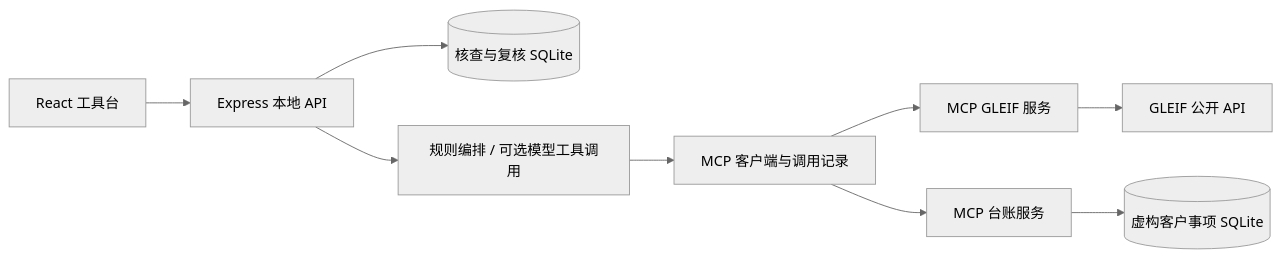
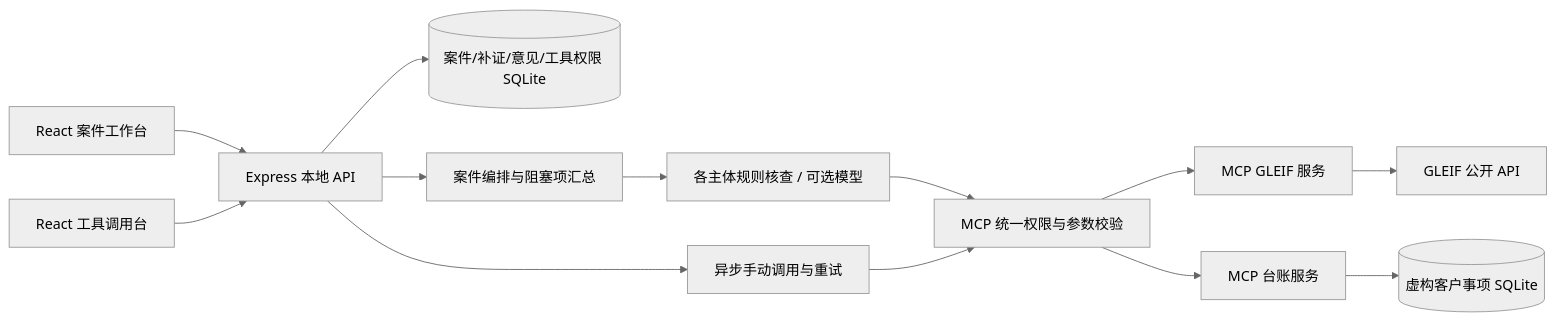
One commit to Luyi210/alta-conflict-desk changed the diagram in docs/PROPOSAL.md. Above: the diagram before and after it, drawn with Mermaid (neutral theme). The commit also changed other lines of this file and 49 other files, not shown here.

Commit message:
Add multi-party intake review and real MCP tool workbench

````diff
--- a/docs/PROPOSAL.md
+++ b/docs/PROPOSAL.md
@@ -54,11 +67,15 @@
 ```mermaid
 flowchart LR
-    UI[React 工具台] --> API[Express 本地 API]
-    API --> Store[(核查与复核 SQLite)]
-    API --> Orchestrator[规则编排 / 可选模型工具调用]
-    Orchestrator --> Client[MCP 客户端与调用记录]
-    Client --> GLEIF[MCP GLEIF 服务]
-    Client --> Ledger[MCP 台账服务]
+    CaseUI[React 案件工作台] --> API[Express 本地 API]
+    ToolUI[React 工具调用台] --> API
+    API --> Store[(案件/补证/意见/工具权限 SQLite)]
+    API --> Cases[案件编排与阻塞项汇总]
+    Cases --> Runs[各主体规则核查 / 可选模型]
+    Runs --> Gateway[MCP 统一权限与参数校验]
+    API --> Manual[异步手动调用与重试]
+    Manual --> Gateway
+    Gateway --> GLEIF[MCP GLEIF 服务]
+    Gateway --> Ledger[MCP 台账服务]
     GLEIF --> Public[GLEIF 公开 API]
     Ledger --> DB[(虚构客户事项 SQLite)]
 ```
````
